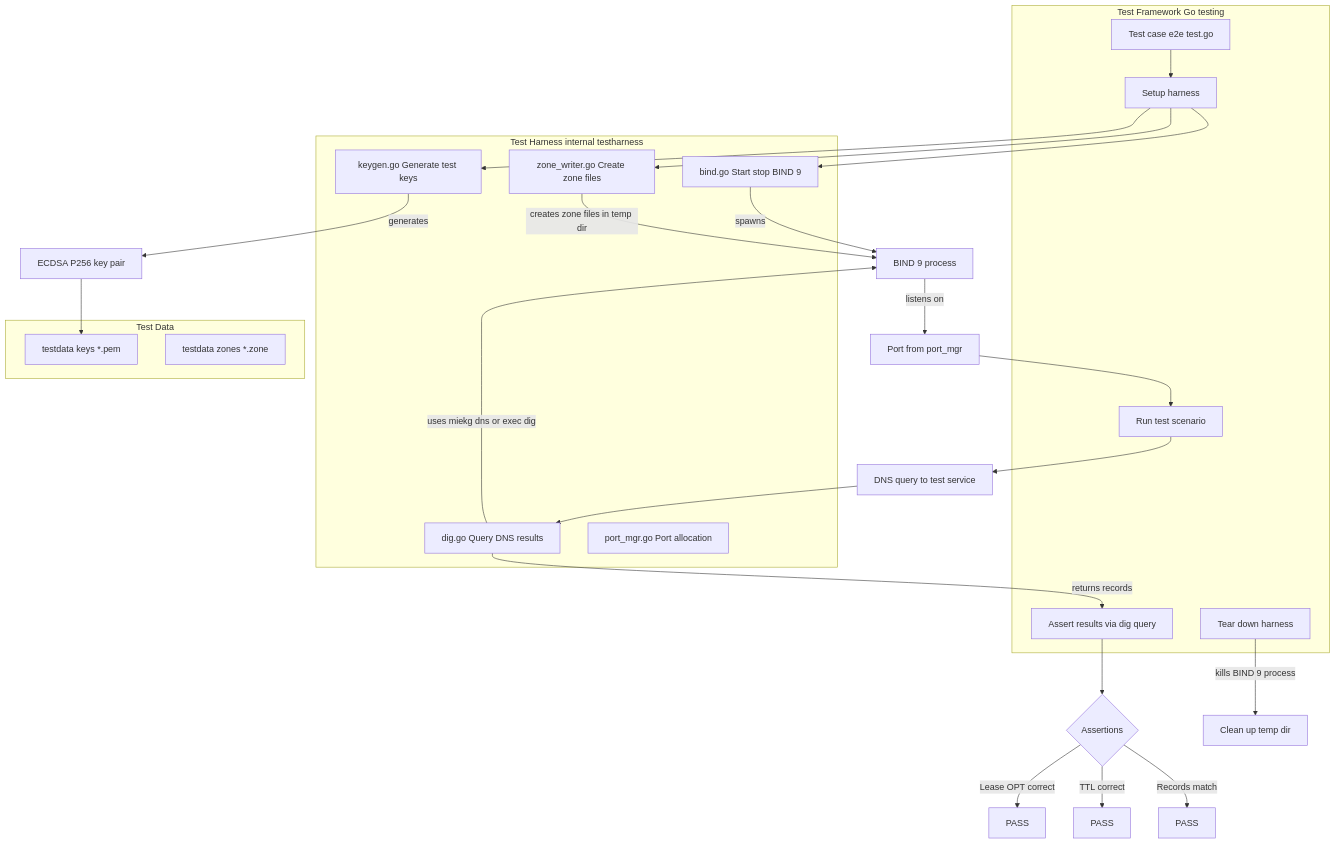
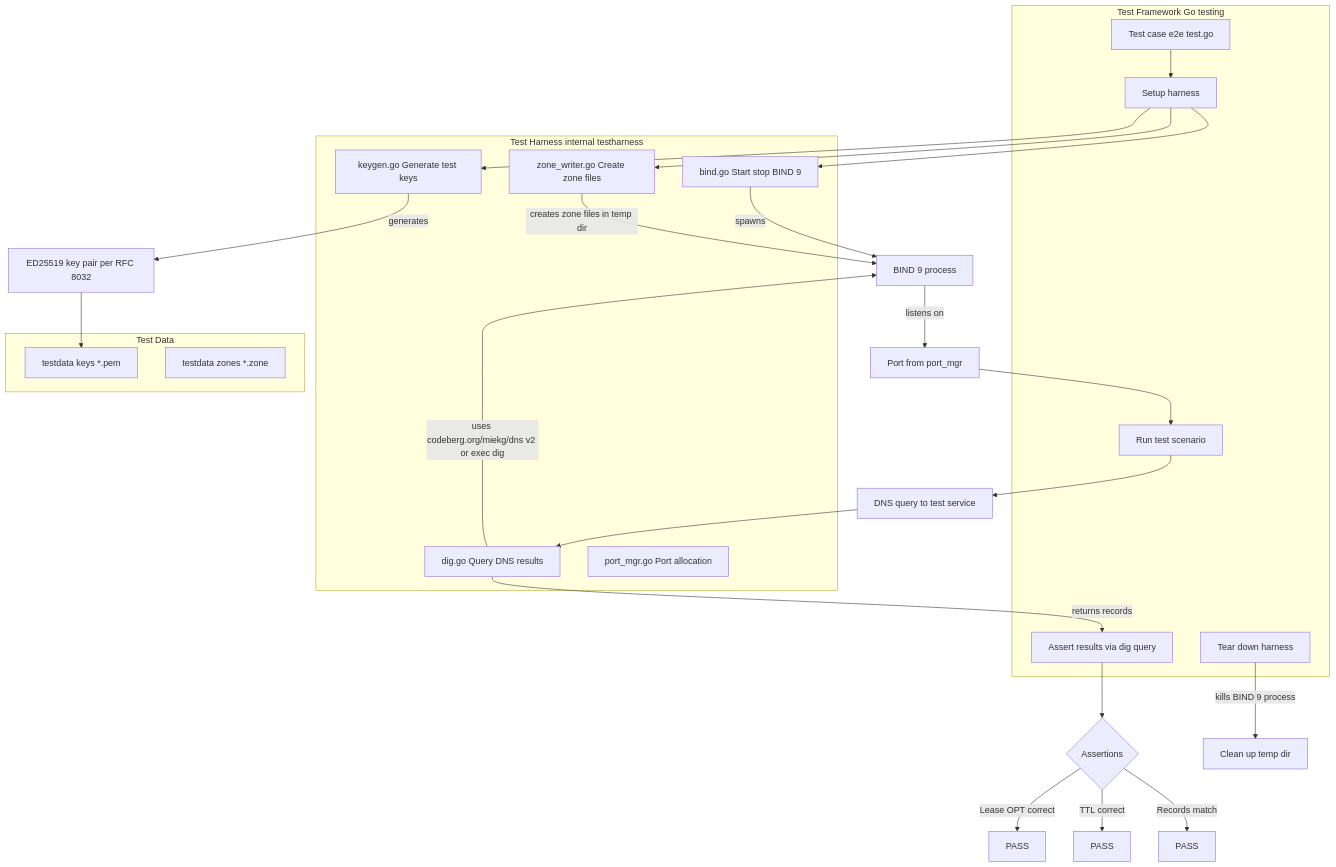
One commit to NetworkCommons/sig0lease changed the first of 6 diagrams in diagrams/test-harness.md. Above: the diagram before and after it, drawn with Mermaid. The commit also changed other lines of this file and 8 other files, not shown here.

Commit message:
Trying to address: - quotes miekg dns module v1 on github, should be v2 https://codeberg.org/miekg/dns for forward sustainability - mentions ECDSAP256SHA256 for SIG0 should be ED25519 keypairs for sig0namectl compat.

````diff
--- a/diagrams/test-harness.md
+++ b/diagrams/test-harness.md
@@ -6,48 +6,48 @@
 ```mermaid
 flowchart TD
     subgraph "Test Framework Go testing"
         T1[Test case e2e test.go]
         T2[Setup harness]
         T3[Run test scenario]
         T4[Assert results via dig query]
         T5[Tear down harness]
     end
 
     subgraph "Test Harness internal testharness"
         H1[bind.go Start stop BIND 9]
         H2[zone_writer.go Create zone files]
         H3[dig.go Query DNS results]
         H4[keygen.go Generate test keys]
         H5[port_mgr.go Port allocation]
     end
 
     subgraph "Test Data"
         D1[testdata keys *.pem]
         D2[testdata zones *.zone]
     end
 
     T1 --> T2
     T2 --> H1
     T2 --> H2
     T2 --> H4
 
     H1 -->|spawns| BIND9[BIND 9 process]
     H2 -->|creates zone files in temp dir| BIND9
-    H4 -->|generates| TestKey[ECDSA P256 key pair]
+    H4 -->|generates| TestKey[ED25519 key pair per RFC 8032]
 
     TestKey --> D1
     BIND9 -->|listens on| BindPort[Port from port_mgr]
     BindPort --> T3
 
     T3 --> DnsQuery[DNS query to test service]
     DnsQuery --> H3
-    H3 -->|uses miekg dns or exec dig| BIND9
+     H3 -->|uses codeberg.org/miekg/dns v2 or exec dig| BIND9
     H3 -->|returns records| T4
 
     T4 --> Assert{Assertions}
     Assert -->|Records match| Pass1[PASS]
     Assert -->|TTL correct| Pass2[PASS]
     Assert -->|Lease OPT correct| Pass3[PASS]
 
     T5 -->|kills BIND 9 process| CleanUp[Clean up temp dir]
 ```
````
